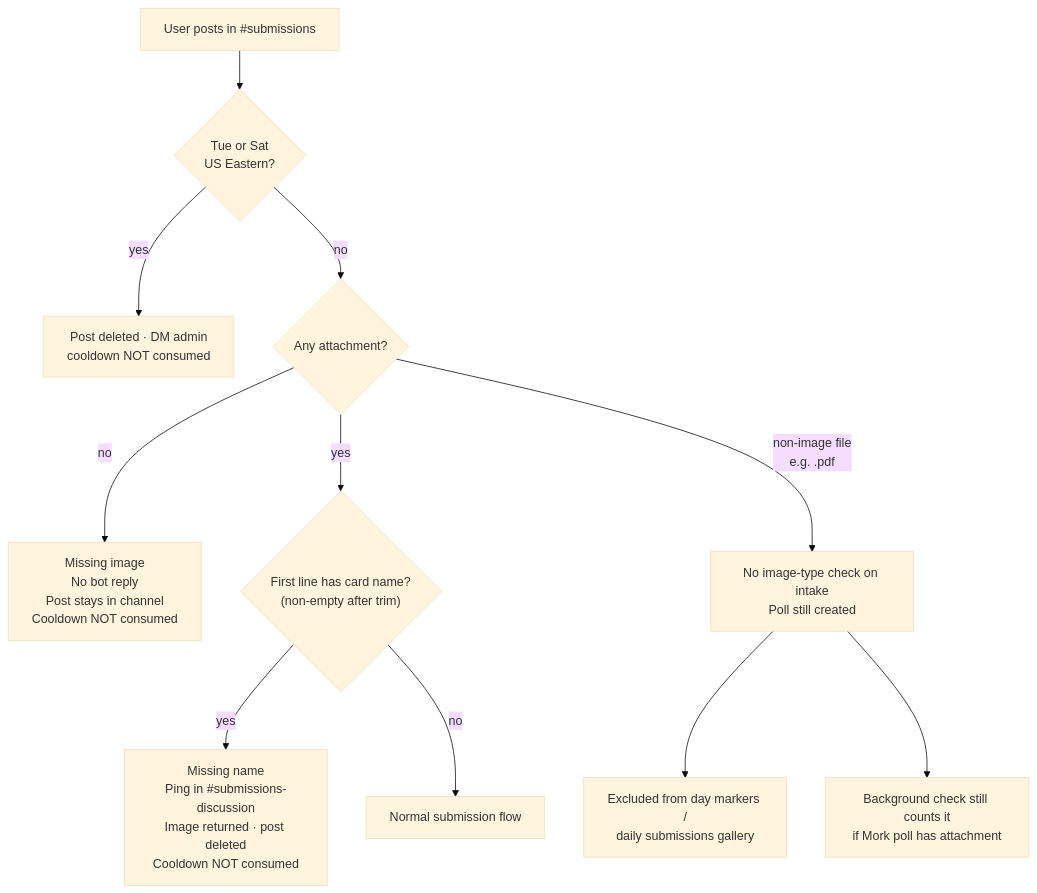
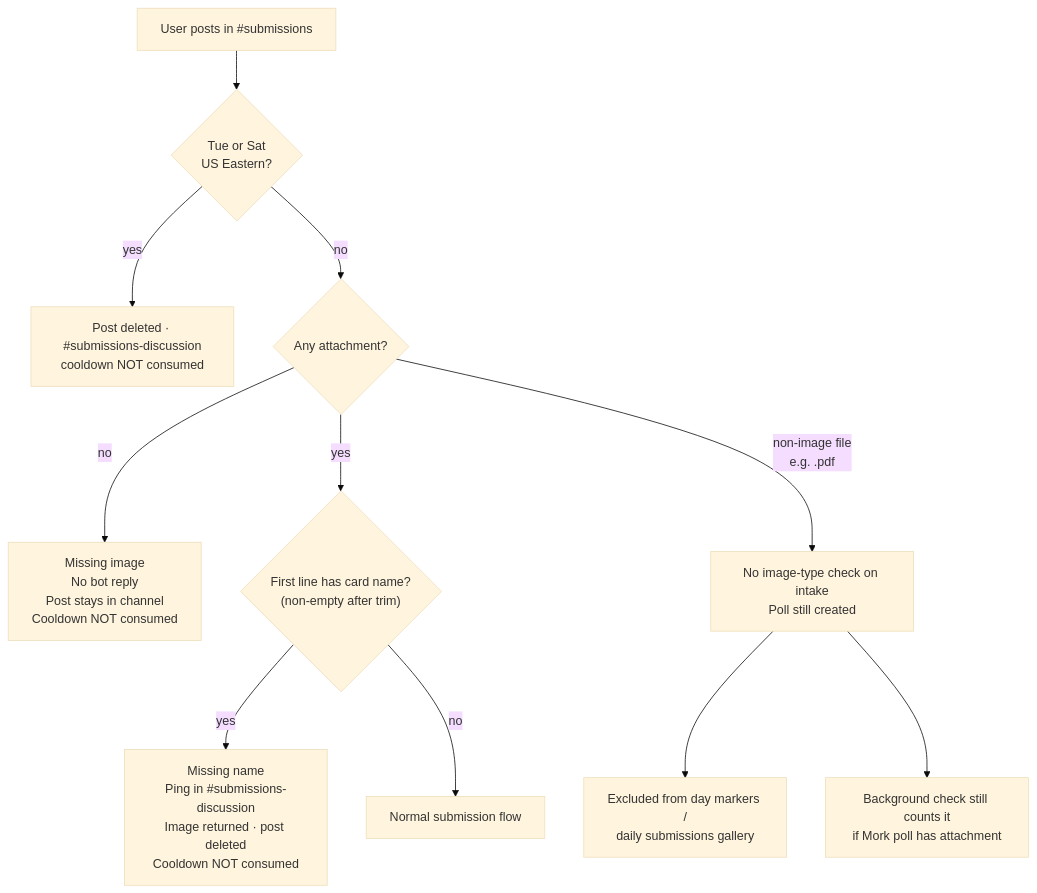
The second of 6 diagrams in docs/card-flows/submissions.md (bones-bones/mork), drawn with Mermaid (base theme) before and after one commit. The commit also changed other lines of this file and 10 other files, not shown here.

````diff
--- a/docs/card-flows/submissions.md
+++ b/docs/card-flows/submissions.md
@@ -52,15 +52,15 @@
 ```mermaid
 flowchart TD
   POST["User posts in #submissions"] --> CLOSED{"Tue or Sat<br/>US Eastern?"}
-  CLOSED -->|yes| CL["Post deleted · DM admin<br/>cooldown NOT consumed"]
+  CLOSED -->|yes| CL["Post deleted · #submissions-discussion<br/>cooldown NOT consumed"]
   CLOSED -->|no| A{"Any attachment?"}
 
   A -->|no| MI["Missing image<br/>No bot reply<br/>Post stays in channel<br/>Cooldown NOT consumed"]
   A -->|yes| B{"First line has card name?<br/>(non-empty after trim)"}
   B -->|yes| NN["Missing name<br/>Ping in #submissions-discussion<br/>Image returned · post deleted<br/>Cooldown NOT consumed"]
   B -->|no| OK["Normal submission flow"]
 
   A -->|non-image file<br/>e.g. .pdf| NI["No image-type check on intake<br/>Poll still created"]
   NI --> GAL["Excluded from day markers /<br/>daily submissions gallery"]
   NI --> CHK["Background check still counts it<br/>if Mork poll has attachment"]
 ```
````
